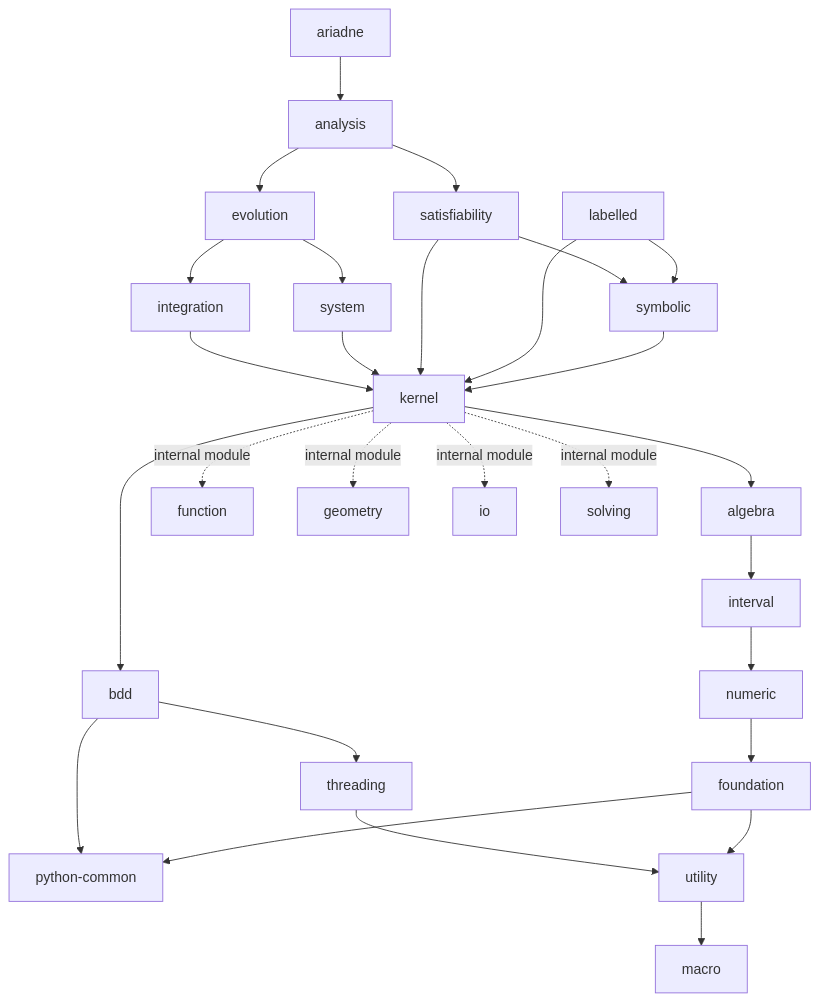
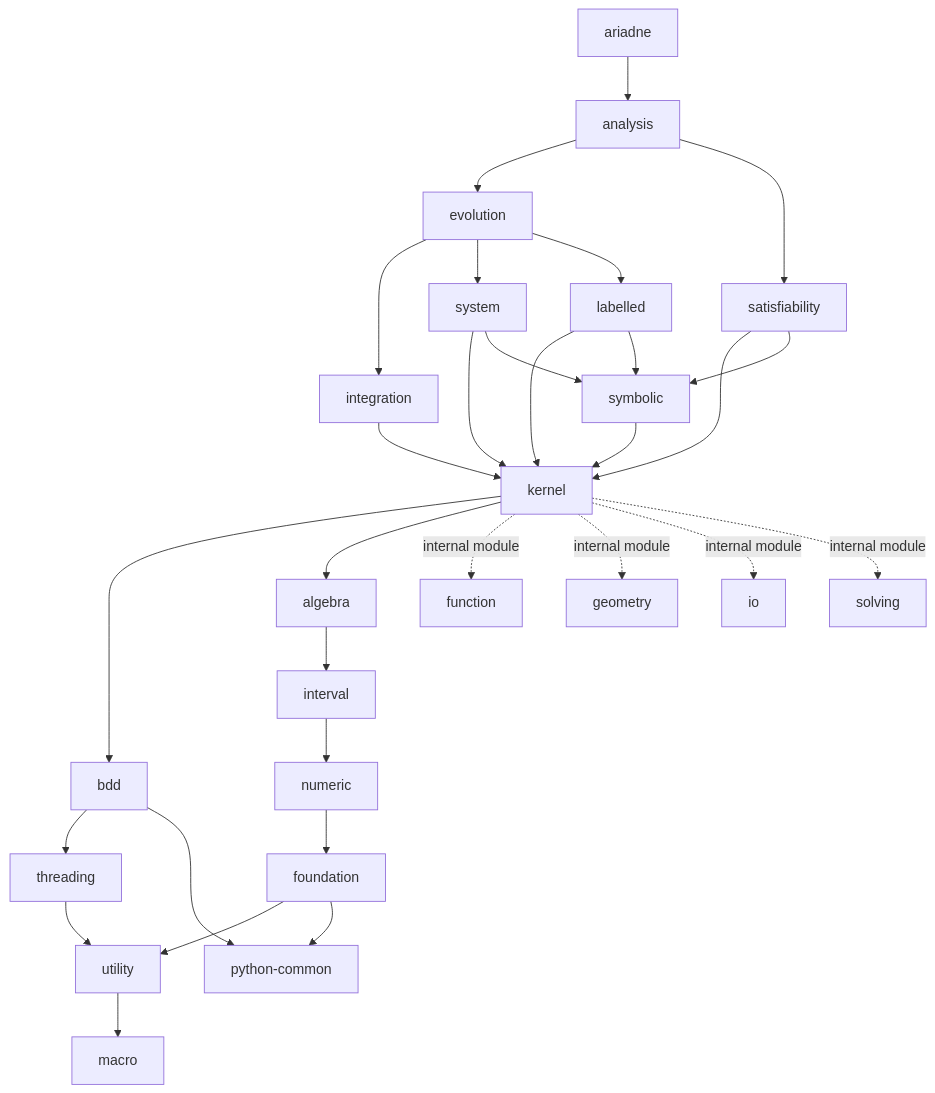
The diagram in doc/decoupling/structure.md (ariadne-cps/ariadne), drawn with Mermaid before and after one commit. The commit also changed other lines of this file, not shown here.

Commit message:
Refine decoupling dependency graph

````diff
--- a/doc/decoupling/structure.md
+++ b/doc/decoupling/structure.md
@@ -32,41 +35,45 @@
 ```mermaid
 graph TD
     ariadne --> analysis
+
     analysis --> evolution
     analysis --> satisfiability
 
     evolution --> integration
     evolution --> system
+    evolution --> labelled
 
     integration --> kernel
+
     system --> kernel
+    system --> symbolic
 
     satisfiability --> kernel
     satisfiability --> symbolic
 
     labelled --> kernel
     labelled --> symbolic
 
     symbolic --> kernel
 
     kernel --> bdd
     kernel --> algebra
 
     kernel -. internal module .-> function
     kernel -. internal module .-> geometry
     kernel -. internal module .-> io
     kernel -. internal module .-> solving
 
     bdd --> threading
     bdd --> python_common["python-common"]
 
     threading --> utility
     utility --> macro
 
     algebra --> interval
     interval --> numeric
     numeric --> foundation
 
     foundation --> utility
     foundation --> python_common
 ```
````
